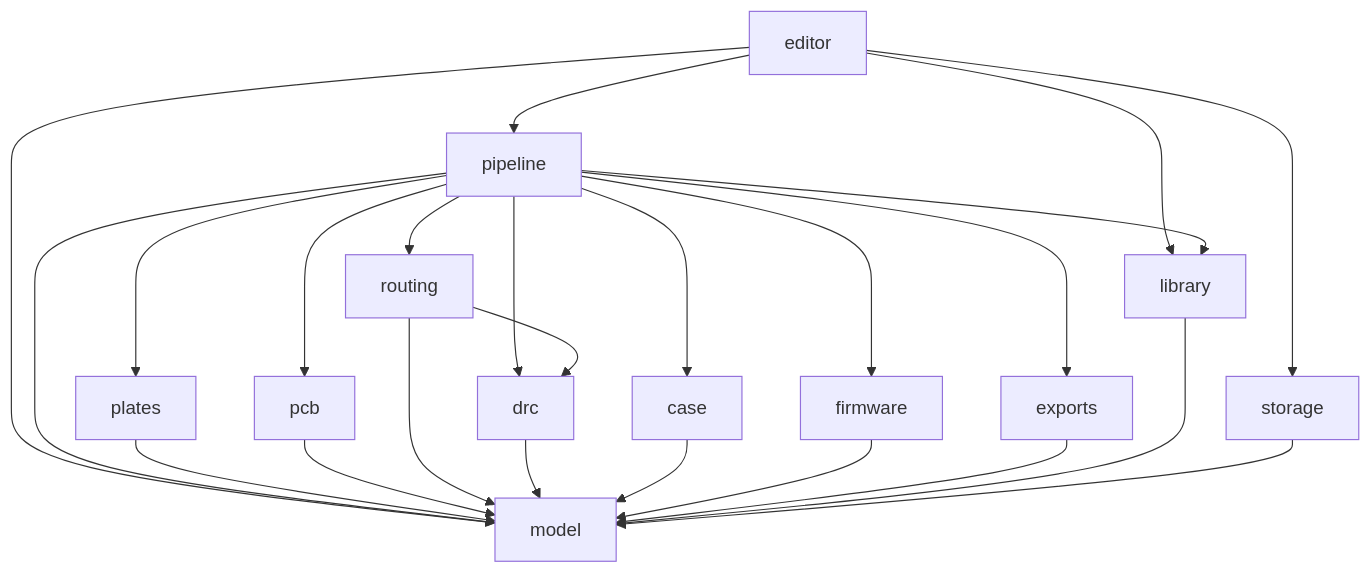
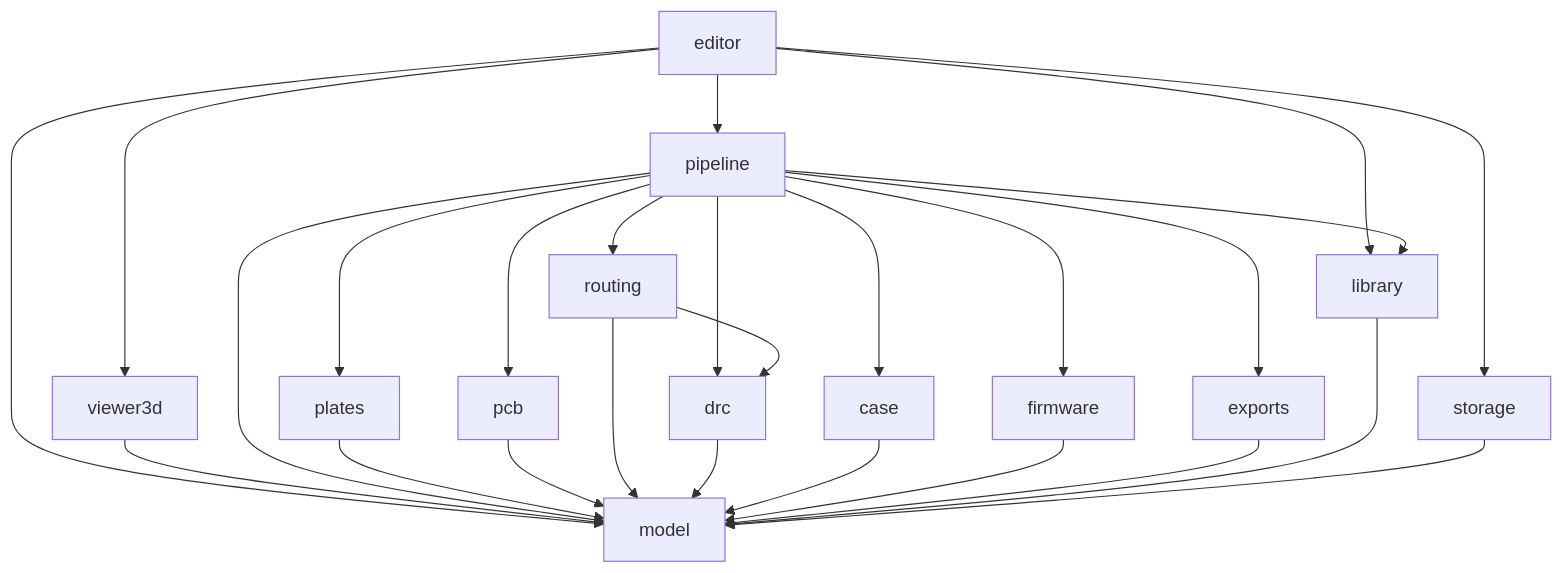
The second of 3 diagrams in _bmad-output/architecture-keeb-cad-layout-model/architecture-keeb-cad-layout-model.md (KeebCAD/keeb-cad), drawn with Mermaid before and after one commit. The commit also changed other lines of this file and 1 other file, not shown here.

Commit message:
docs: settle the architecture queue from the UX session

````diff
--- a/_bmad-output/architecture-keeb-cad-layout-model/architecture-keeb-cad-layout-model.md
+++ b/_bmad-output/architecture-keeb-cad-layout-model/architecture-keeb-cad-layout-model.md
@@ -231,20 +238,22 @@
 ```mermaid
 graph TD
   editor --> pipeline
   editor --> model
   editor --> library
   editor --> storage
+  editor --> viewer3d
+  viewer3d --> model
   pipeline --> plates & pcb & routing & drc & case & firmware & exports
   pipeline --> model
   pipeline --> library
   routing --> drc
   plates --> model
   pcb --> model
   routing --> model
   drc --> model
   case --> model
   firmware --> model
   exports --> model
   library --> model
   storage --> model
 ```
````
